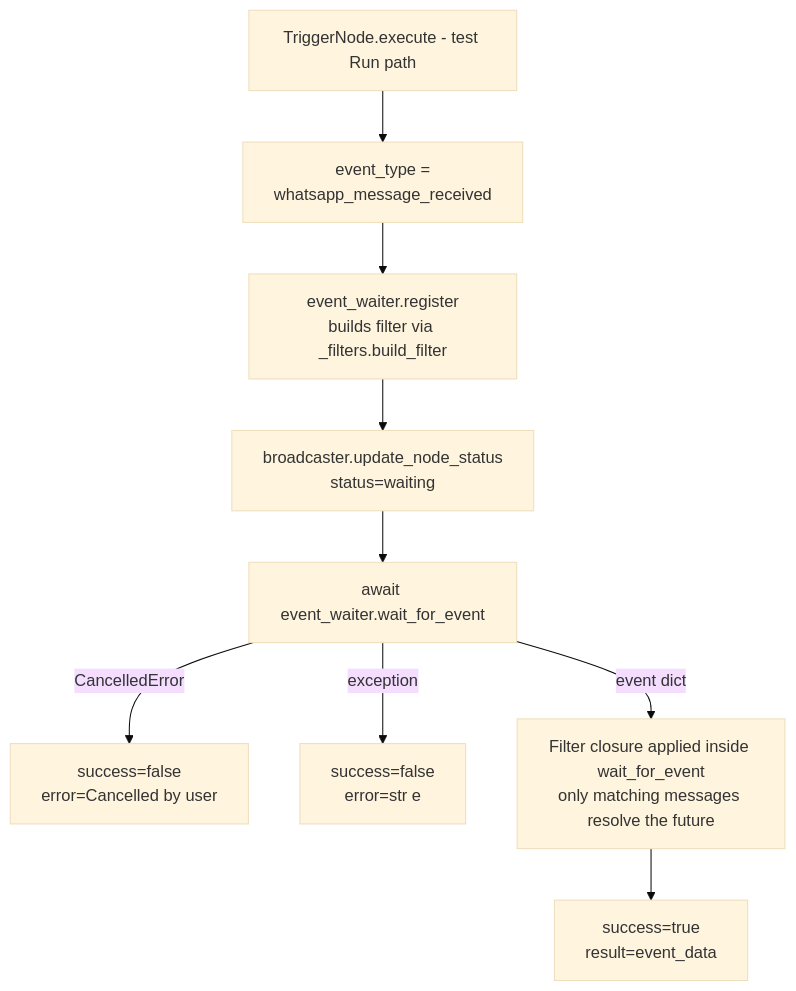
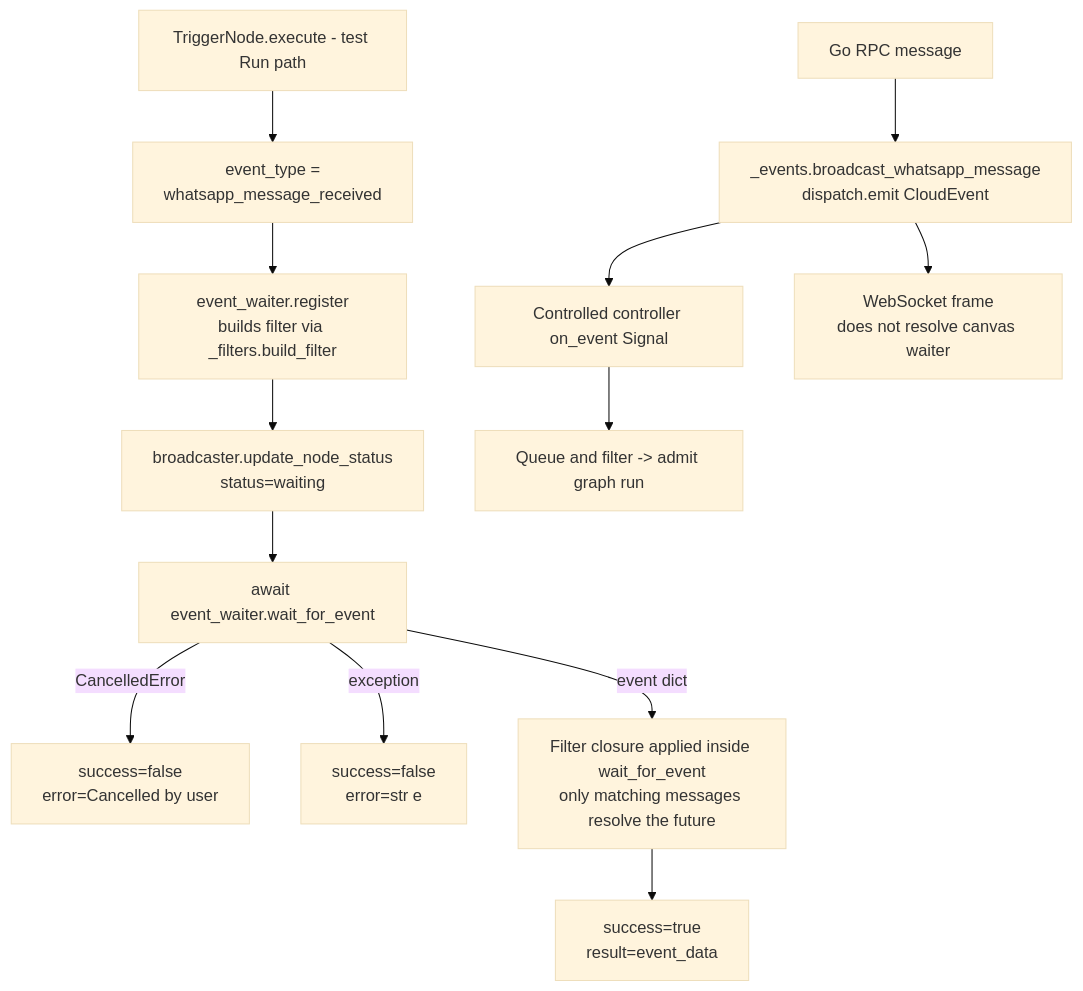
One commit to zeenie-ai/OpenCompany changed the first of 2 diagrams in docs-internal/node-logic-flows/whatsapp/whatsappReceive.md. Above: the diagram before and after it, drawn with Mermaid (base theme). The commit also changed other lines of this file and 95 other files, not shown here.

````diff
--- a/docs-internal/node-logic-flows/whatsapp/whatsappReceive.md
+++ b/docs-internal/node-logic-flows/whatsapp/whatsappReceive.md
@@ -86,11 +86,16 @@
 ```mermaid
 flowchart TD
   A[TriggerNode.execute - test Run path] --> B[event_type =<br/>whatsapp_message_received]
   B --> C[event_waiter.register<br/>builds filter via _filters.build_filter]
   C --> D[broadcaster.update_node_status<br/>status=waiting]
   D --> E[await event_waiter.wait_for_event]
   E -- CancelledError --> X[success=false<br/>error=Cancelled by user]
   E -- exception --> Y[success=false<br/>error=str e]
   E -- event dict --> F[Filter closure applied inside wait_for_event<br/>only matching messages resolve the future]
   F --> OK[success=true<br/>result=event_data]
+
+  P[Go RPC message] --> Q[_events.broadcast_whatsapp_message<br/>dispatch.emit CloudEvent]
+  Q --> R[Controlled controller on_event Signal]
+  R --> S[Queue and filter -> admit graph run]
+  Q --> W[WebSocket frame<br/>does not resolve canvas waiter]
 ```
````
